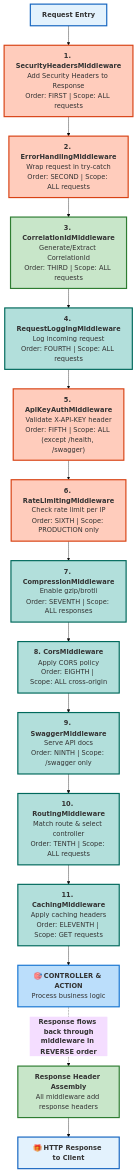
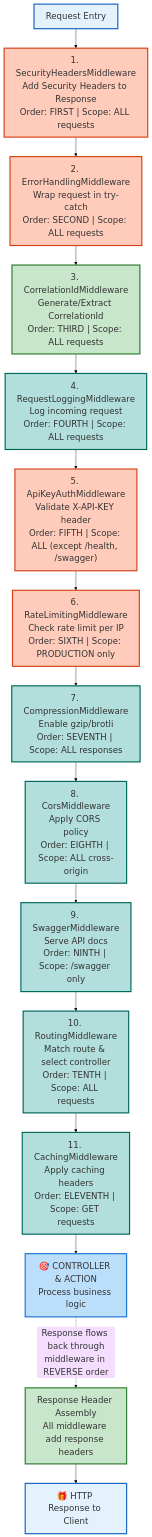
One commit to debdevops/servicehub changed the seventh of 12 diagrams in services/api/ARCHITECTURE.md. Above: the diagram before and after it, drawn with Mermaid. The commit also changed other lines of this file and 1 other file, not shown here.

````diff
--- a/services/api/ARCHITECTURE.md
+++ b/services/api/ARCHITECTURE.md
@@ -387,47 +387,47 @@
 ```mermaid
-%%{init: {'theme':'base', 'themeVariables': { 'fontSize':'17px'}}}%%
+%%{init: {'theme':'base', 'themeVariables': { 'fontSize':'22px'}}}%%
 graph TD
-    A["<b>Request Entry</b>"] --> B["<b>1. SecurityHeadersMiddleware</b><br/>Add Security Headers to Response<br/>Order: FIRST | Scope: ALL requests"]
+    A["Request Entry"] --> B["1. SecurityHeadersMiddleware<br/>Add Security Headers to Response<br/>Order: FIRST | Scope: ALL requests"]
     
-    B --> C["<b>2. ErrorHandlingMiddleware</b><br/>Wrap request in try-catch<br/>Order: SECOND | Scope: ALL requests"]
+    B --> C["2. ErrorHandlingMiddleware<br/>Wrap request in try-catch<br/>Order: SECOND | Scope: ALL requests"]
     
-    C --> D["<b>3. CorrelationIdMiddleware</b><br/>Generate/Extract CorrelationId<br/>Order: THIRD | Scope: ALL requests"]
+    C --> D["3. CorrelationIdMiddleware<br/>Generate/Extract CorrelationId<br/>Order: THIRD | Scope: ALL requests"]
     
-    D --> E["<b>4. RequestLoggingMiddleware</b><br/>Log incoming request<br/>Order: FOURTH | Scope: ALL requests"]
+    D --> E["4. RequestLoggingMiddleware<br/>Log incoming request<br/>Order: FOURTH | Scope: ALL requests"]
     
-    E --> F["<b>5. ApiKeyAuthMiddleware</b><br/>Validate X-API-KEY header<br/>Order: FIFTH | Scope: ALL (except /health, /swagger)"]
+    E --> F["5. ApiKeyAuthMiddleware<br/>Validate X-API-KEY header<br/>Order: FIFTH | Scope: ALL (except /health, /swagger)"]
     
-    F --> G["<b>6. RateLimitingMiddleware</b><br/>Check rate limit per IP<br/>Order: SIXTH | Scope: PRODUCTION only"]
+    F --> G["6. RateLimitingMiddleware<br/>Check rate limit per IP<br/>Order: SIXTH | Scope: PRODUCTION only"]
     
-    G --> H["<b>7. CompressionMiddleware</b><br/>Enable gzip/brotli<br/>Order: SEVENTH | Scope: ALL responses"]
+    G --> H["7. CompressionMiddleware<br/>Enable gzip/brotli<br/>Order: SEVENTH | Scope: ALL responses"]
     
-    H --> I["<b>8. CorsMiddleware</b><br/>Apply CORS policy<br/>Order: EIGHTH | Scope: ALL cross-origin"]
+    H --> I["8. CorsMiddleware<br/>Apply CORS policy<br/>Order: EIGHTH | Scope: ALL cross-origin"]
     
-    I --> J["<b>9. SwaggerMiddleware</b><br/>Serve API docs<br/>Order: NINTH | Scope: /swagger only"]
+    I --> J["9. SwaggerMiddleware<br/>Serve API docs<br/>Order: NINTH | Scope: /swagger only"]
     
-    J --> K["<b>10. RoutingMiddleware</b><br/>Match route & select controller<br/>Order: TENTH | Scope: ALL requests"]
+    J --> K["10. RoutingMiddleware<br/>Match route & select controller<br/>Order: TENTH | Scope: ALL requests"]
     
-    K --> L["<b>11. CachingMiddleware</b><br/>Apply caching headers<br/>Order: ELEVENTH | Scope: GET requests"]
+    K --> L["11. CachingMiddleware<br/>Apply caching headers<br/>Order: ELEVENTH | Scope: GET requests"]
     
-    L --> M["🎯 <b>CONTROLLER & ACTION</b><br/>Process business logic"]
+    L --> M["🎯 CONTROLLER & ACTION<br/>Process business logic"]
     
-    M -.->|"<b>Response flows back through<br/>middleware in REVERSE order</b>"| N["<b>Response Header Assembly</b><br/>All middleware add response headers"]
+    M -.->|"Response flows back through<br/>middleware in REVERSE order"| N["Response Header Assembly<br/>All middleware add response headers"]
     
-    N --> O["🎁 <b>HTTP Response to Client</b>"]
+    N --> O["🎁 HTTP Response to Client"]
 
     style A fill:#e3f2fd,stroke:#1565c0,stroke-width:3px
     style B fill:#ffccbc,stroke:#d84315,stroke-width:3px
     style C fill:#ffccbc,stroke:#d84315,stroke-width:3px
     style D fill:#c8e6c9,stroke:#2e7d32,stroke-width:3px
     style E fill:#b2dfdb,stroke:#00695c,stroke-width:3px
     style F fill:#ffccbc,stroke:#d84315,stroke-width:3px
     style G fill:#ffccbc,stroke:#d84315,stroke-width:3px
     style H fill:#b2dfdb,stroke:#00695c,stroke-width:3px
     style I fill:#b2dfdb,stroke:#00695c,stroke-width:3px
     style J fill:#b2dfdb,stroke:#00695c,stroke-width:3px
     style K fill:#b2dfdb,stroke:#00695c,stroke-width:3px
     style L fill:#b2dfdb,stroke:#00695c,stroke-width:3px
     style M fill:#bbdefb,stroke:#1976d2,stroke-width:3px
     style N fill:#c8e6c9,stroke:#2e7d32,stroke-width:3px
     style O fill:#e3f2fd,stroke:#1565c0,stroke-width:3px
 ```
````
